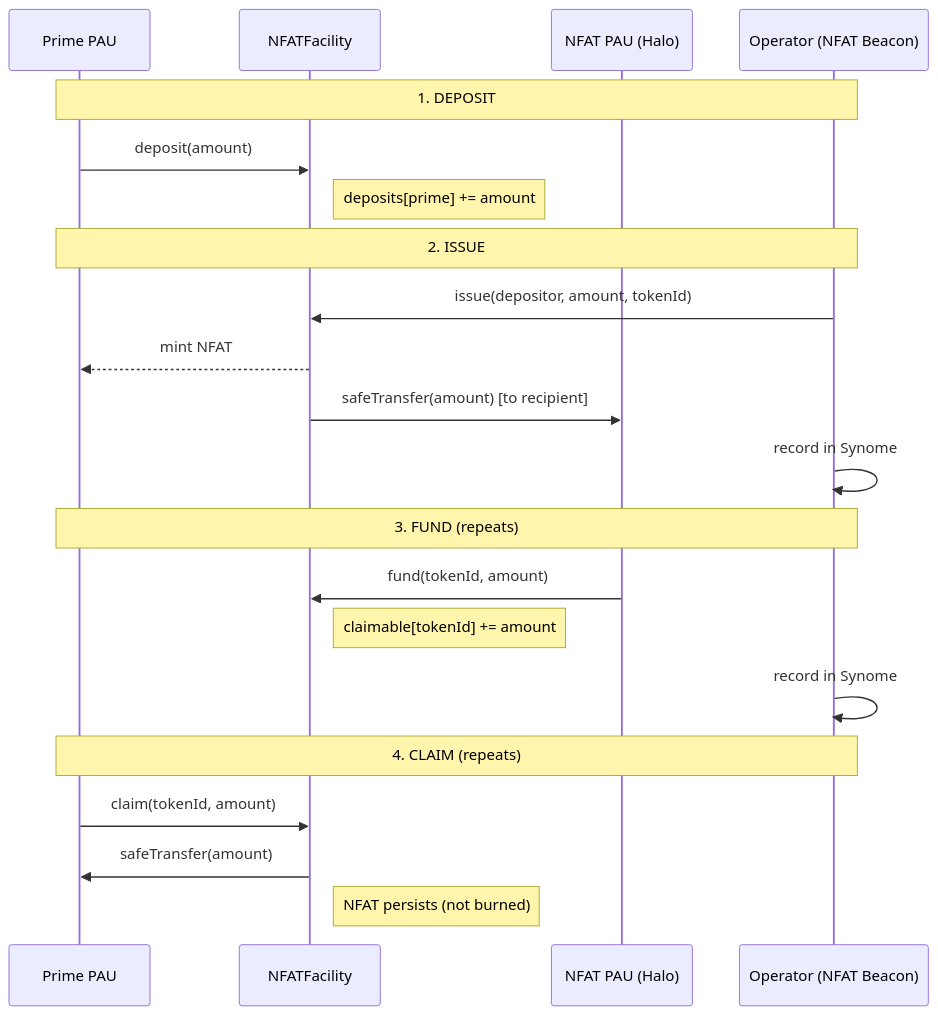
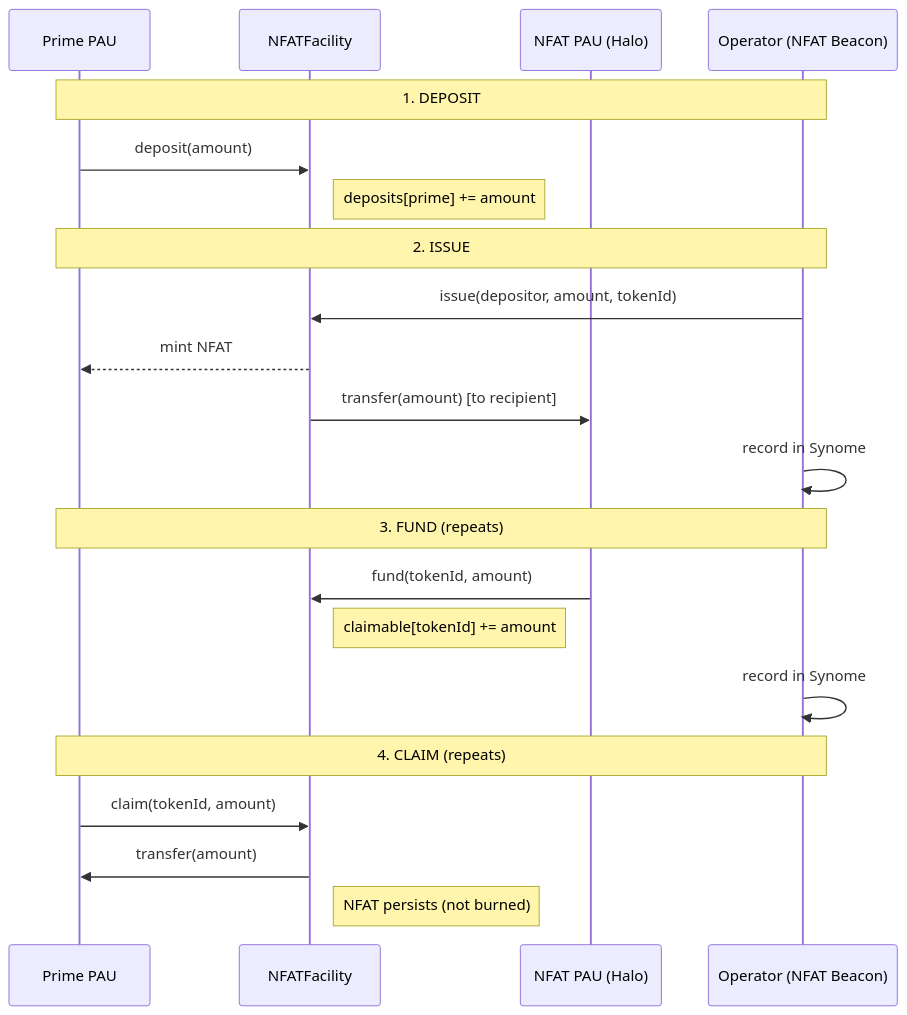
One commit to archon-research/nfat changed the third of 3 diagrams in README.md. Above: the diagram before and after it, drawn with Mermaid. The commit also changed other lines of this file and 4 other files, not shown here.

````diff
--- a/README.md
+++ b/README.md
@@ -49,27 +49,27 @@
 ```mermaid
 sequenceDiagram
     participant Prime as Prime PAU
     participant Facility as NFATFacility
     participant NFATPAU as NFAT PAU (Halo)
     participant Beacon as Operator (NFAT Beacon)
 
     Note over Prime,Beacon: 1. DEPOSIT
     Prime->>Facility: deposit(amount)
     Note right of Facility: deposits[prime] += amount
 
     Note over Prime,Beacon: 2. ISSUE
     Beacon->>Facility: issue(depositor, amount, tokenId)
     Facility-->>Prime: mint NFAT
-    Facility->>NFATPAU: safeTransfer(amount) [to recipient]
+    Facility->>NFATPAU: transfer(amount) [to recipient]
     Beacon->>Beacon: record in Synome
 
     Note over Prime,Beacon: 3. FUND (repeats)
     NFATPAU->>Facility: fund(tokenId, amount)
     Note right of Facility: claimable[tokenId] += amount
     Beacon->>Beacon: record in Synome
 
     Note over Prime,Beacon: 4. CLAIM (repeats)
     Prime->>Facility: claim(tokenId, amount)
-    Facility->>Prime: safeTransfer(amount)
+    Facility->>Prime: transfer(amount)
     Note right of Facility: NFAT persists (not burned)
 ```
````
